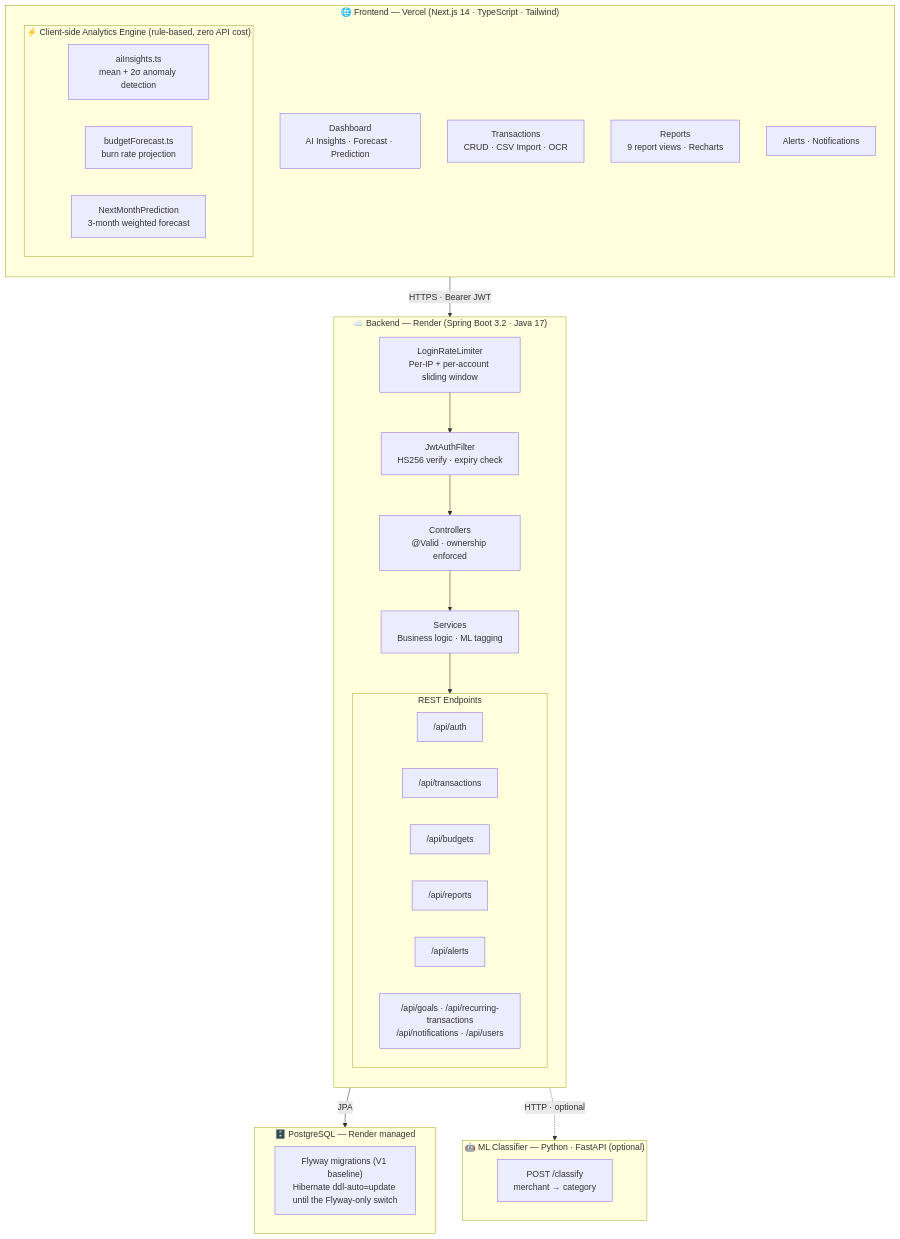
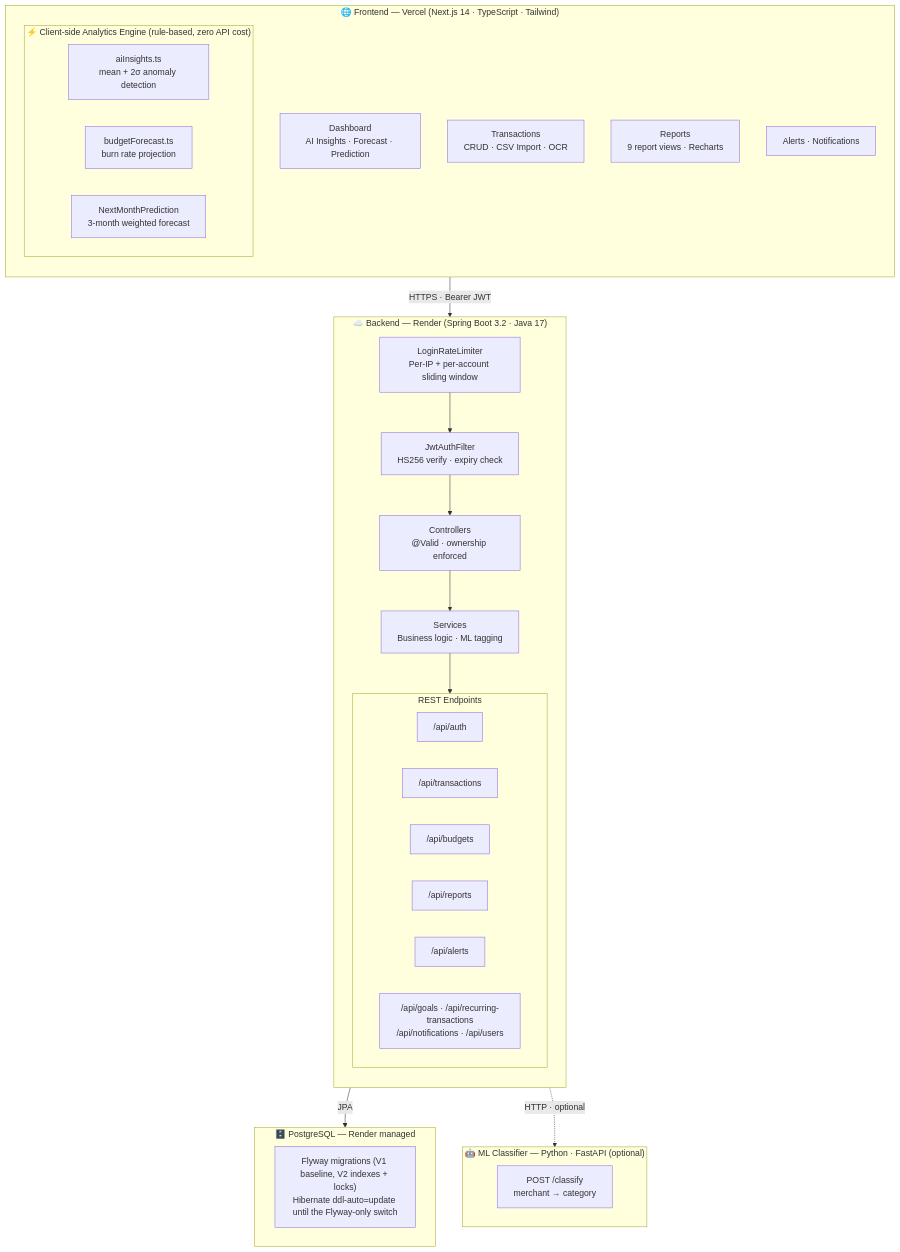
The diagram in README.md (GanasalaChandana/FinTrack-AI-Powered-Personal-Finance-Platform), drawn with Mermaid before and after one commit. The commit also changed other lines of this file and 1 other file, not shown here.

First line of the commit message:
docs: drop the stale render.yaml; document V2, job locks and image deploys

````diff
--- a/README.md
+++ b/README.md
@@ -89,46 +90,46 @@
 ```mermaid
 flowchart TD
     subgraph FE["🌐 Frontend — Vercel (Next.js 14 · TypeScript · Tailwind)"]
         direction TB
         dash["Dashboard\nAI Insights · Forecast · Prediction"]
         txn["Transactions\nCRUD · CSV Import · OCR"]
         rep["Reports\n9 report views · Recharts"]
         ale["Alerts · Notifications"]
 
         subgraph AI["⚡ Client-side Analytics Engine (rule-based, zero API cost)"]
             ai1["aiInsights.ts\nmean + 2σ anomaly detection"]
             ai2["budgetForecast.ts\nburn rate projection"]
             ai3["NextMonthPrediction\n3-month weighted forecast"]
         end
     end
 
     subgraph BE["☁️ Backend — Render (Spring Boot 3.2 · Java 17)"]
         direction TB
         rl["LoginRateLimiter\nPer-IP + per-account sliding window"]
         jwt["JwtAuthFilter\nHS256 verify · expiry check"]
         ctrl["Controllers\n@Valid · ownership enforced"]
         svc["Services\nBusiness logic · ML tagging"]
 
         subgraph API["REST Endpoints"]
             a1["/api/auth"]
             a2["/api/transactions"]
             a3["/api/budgets"]
             a4["/api/reports"]
             a5["/api/alerts"]
             a6["/api/goals · /api/recurring-transactions\n/api/notifications · /api/users"]
         end
     end
 
     subgraph DB["🗄️ PostgreSQL — Render managed"]
-        migrations["Flyway migrations (V1 baseline)\nHibernate ddl-auto=update until the Flyway-only switch"]
+        migrations["Flyway migrations (V1 baseline, V2 indexes + locks)\nHibernate ddl-auto=update until the Flyway-only switch"]
     end
 
     subgraph ML["🤖 ML Classifier — Python · FastAPI (optional)"]
         classify["POST /classify\nmerchant → category"]
     end
 
     FE -- "HTTPS · Bearer JWT" --> BE
     rl --> jwt --> ctrl --> svc --> API
     svc -- "JPA" --> DB
     svc -. "HTTP · optional" .-> ML
 ```
````
